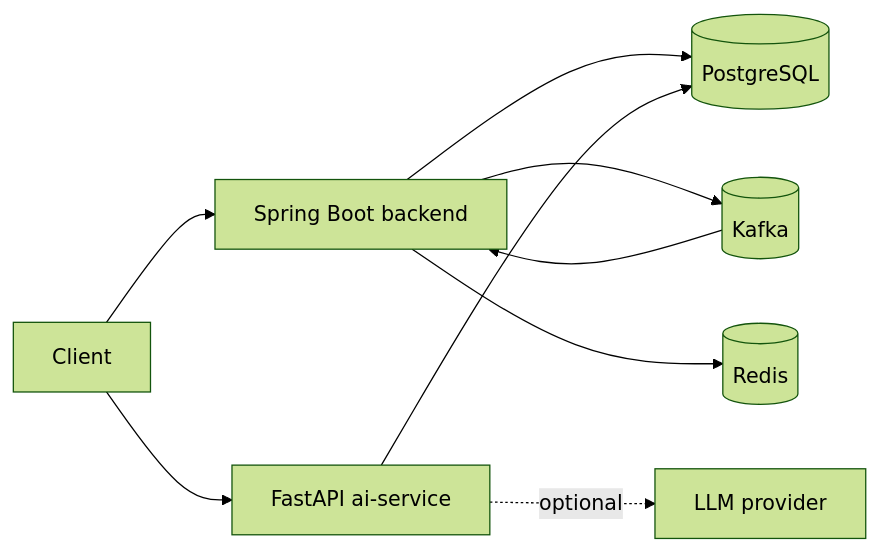
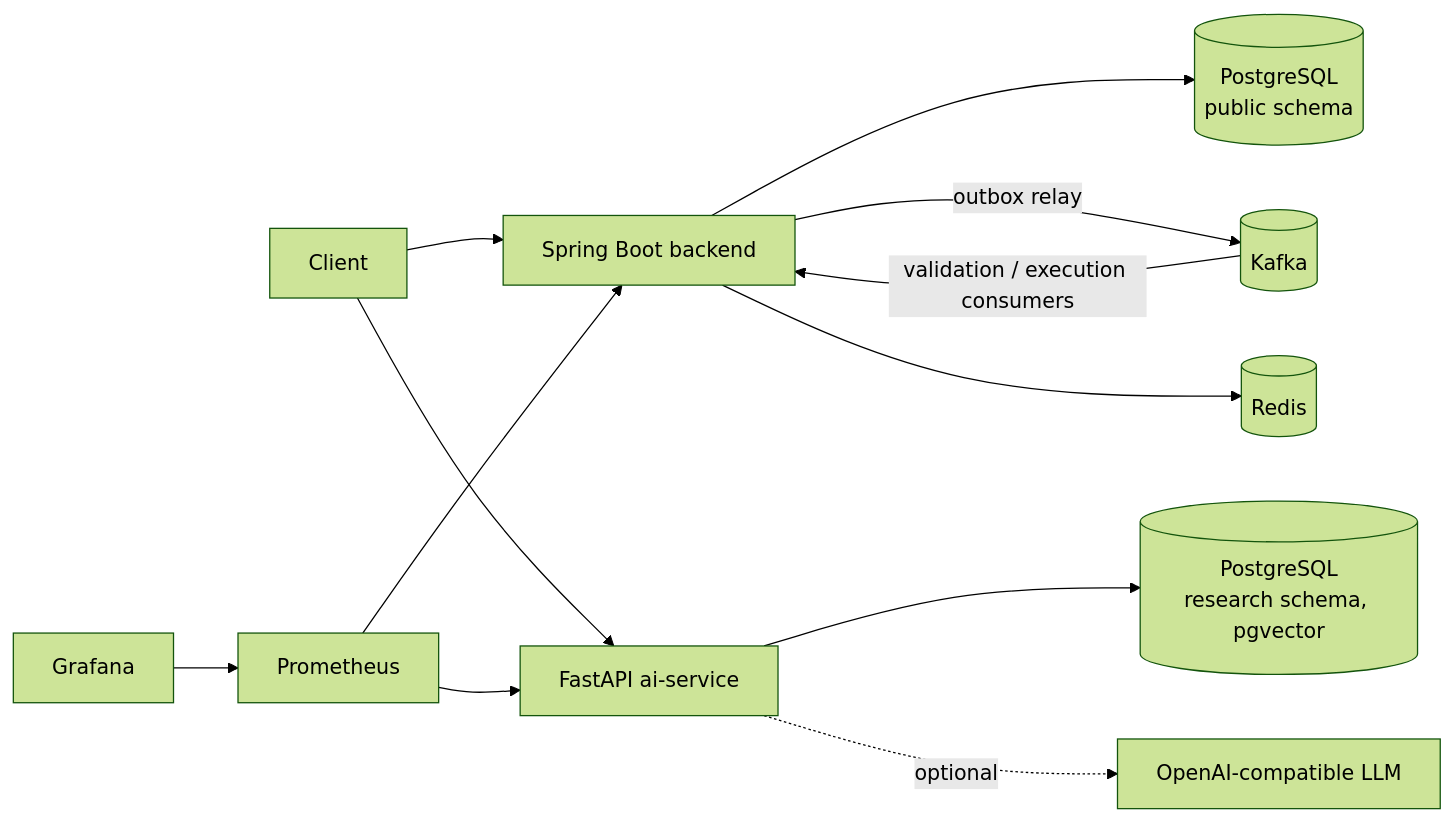
The diagram in docs/architecture.md (Suniljadaun/MultiThreadedCrawler), drawn with Mermaid (forest theme) before and after one commit. The commit also changed other lines of this file and 12 other files, not shown here.

Commit message:
docs: add consistency, reliability, testing, security, deployment and runbooks; align diagrams with code

````diff
--- a/docs/architecture.md
+++ b/docs/architecture.md
@@ -15,11 +18,14 @@
 ```mermaid
 flowchart LR
     Client --> Backend[Spring Boot backend]
-    Backend --> Postgres[(PostgreSQL)]
-    Backend --> Kafka[(Kafka)]
-    Kafka --> Backend
+    Backend --> Postgres[(PostgreSQL<br/>public schema)]
+    Backend -- outbox relay --> Kafka[(Kafka)]
+    Kafka -- validation / execution consumers --> Backend
     Backend --> Redis[(Redis)]
     Client --> AI[FastAPI ai-service]
-    AI --> Postgres
-    AI -.optional.-> LLM[LLM provider]
+    AI --> PGV[(PostgreSQL<br/>research schema, pgvector)]
+    AI -.optional.-> LLM[OpenAI-compatible LLM]
+    Prometheus --> Backend
+    Prometheus --> AI
+    Grafana --> Prometheus
 ```
````
